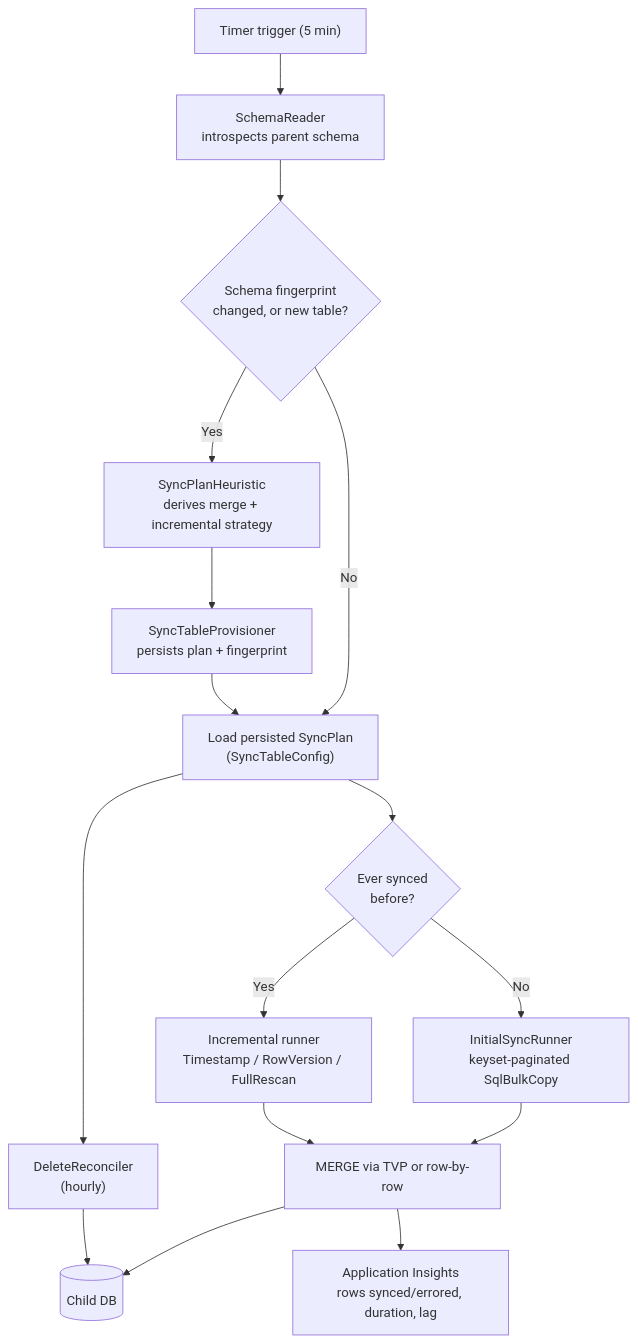
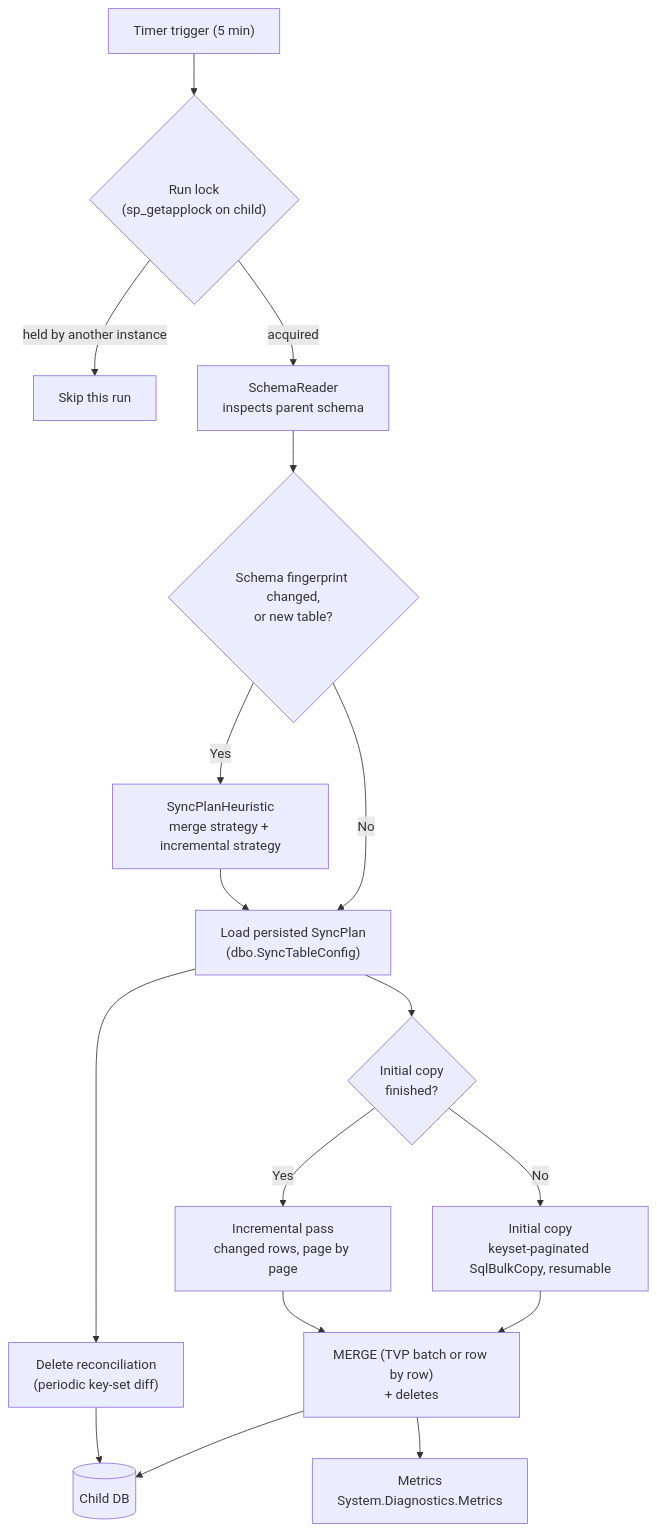
Before and after one commit to Sidorus/SmartTableSync: the second of 2 diagrams in README.md, drawn with Mermaid. The commit also changed other lines of this file and 5 other files, not shown here.

````diff
--- a/README.md
+++ b/README.md
@@ -50,22 +34,20 @@
 ```mermaid
 flowchart TD
-    Timer["Timer trigger (5 min)"] --> SR["SchemaReader<br/>introspects parent schema"]
-    SR --> FP{"Schema fingerprint<br/>changed, or new table?"}
-    FP -- No --> Plan["Load persisted SyncPlan<br/>(SyncTableConfig)"]
-    FP -- Yes --> Heuristic["SyncPlanHeuristic<br/>derives merge + incremental strategy"]
-    Heuristic --> Persist["SyncTableProvisioner<br/>persists plan + fingerprint"]
-    Persist --> Plan
+    Timer["Timer trigger (5 min)"] --> Lock{"Run lock<br/>(sp_getapplock on child)"}
+    Lock -- "held by another instance" --> Skip["Skip this run"]
+    Lock -- acquired --> SR["SchemaReader<br/>inspects parent schema"]
+    SR --> FP{"Schema fingerprint changed,<br/>or new table?"}
+    FP -- No --> Plan["Load persisted SyncPlan<br/>(dbo.SyncTableConfig)"]
+    FP -- Yes --> Heuristic["SyncPlanHeuristic<br/>merge strategy + incremental strategy"]
+    Heuristic --> Plan
 
-    Plan --> Phase{"Ever synced<br/>before?"}
-    Phase -- No --> Initial["InitialSyncRunner<br/>keyset-paginated SqlBulkCopy"]
-    Phase -- Yes --> Incremental["Incremental runner<br/>Timestamp / RowVersion / FullRescan"]
+    Plan --> Phase{"Initial copy<br/>finished?"}
+    Phase -- No --> Initial["Initial copy<br/>keyset-paginated SqlBulkCopy, resumable"]
+    Phase -- Yes --> Incremental["Incremental pass<br/>changed rows, page by page"]
 
-    Initial --> Merge["MERGE via TVP or row-by-row"]
+    Initial --> Merge["MERGE (TVP batch or row by row)<br/>+ deletes"]
     Incremental --> Merge
     Merge --> ChildDB[("Child DB")]
-
-    Plan --> Reconcile["DeleteReconciler<br/>(hourly)"]
-    Reconcile --> ChildDB
-
-    Merge --> Metrics["Application Insights<br/>rows synced/errored, duration, lag"]
+    Plan --> Reconcile["Delete reconciliation<br/>(periodic key-set diff)"] --> ChildDB
+    Merge --> Metrics["Metrics<br/>System.Diagnostics.Metrics"]
 ```
````
